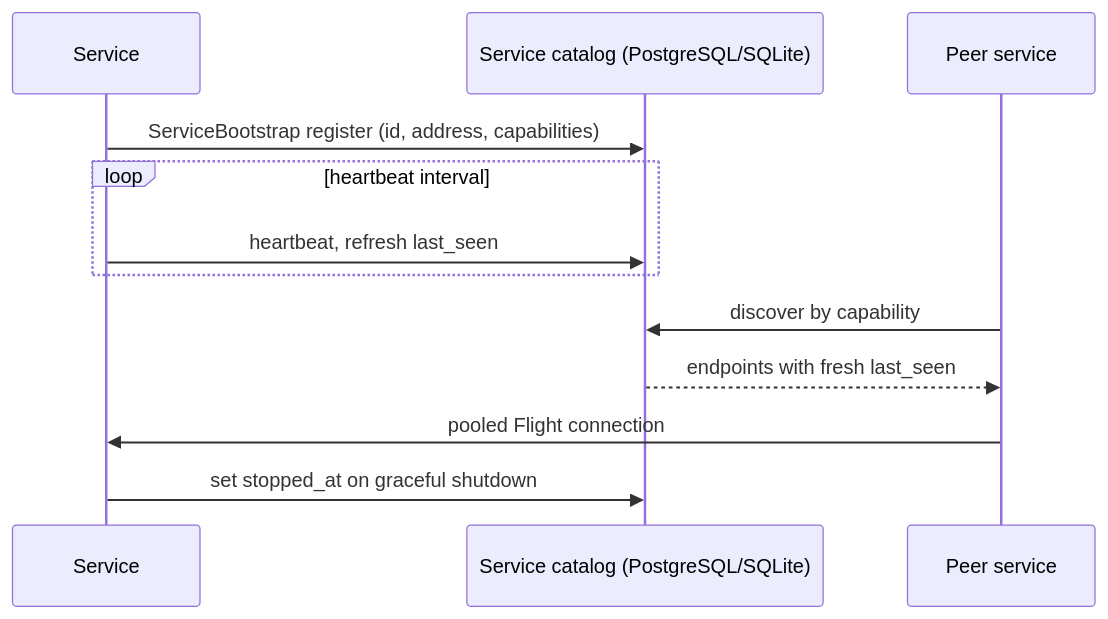
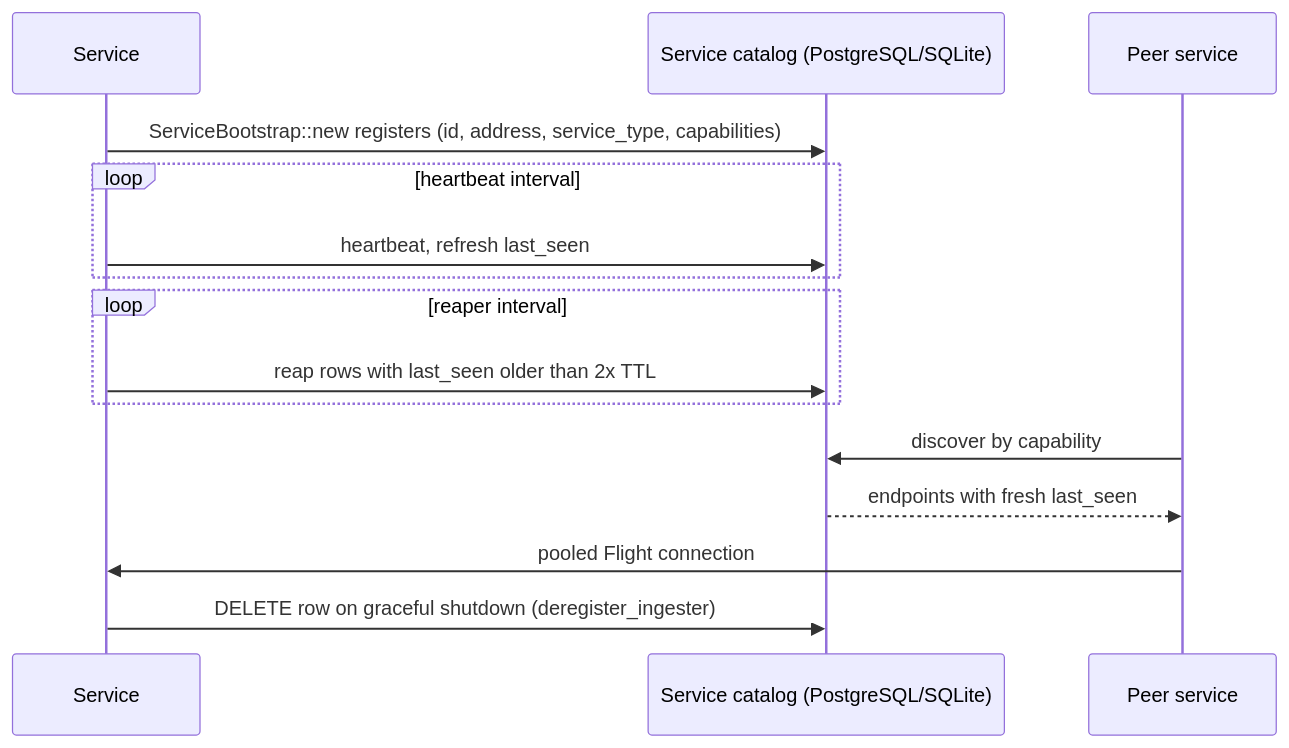
One commit to cedricziel/signaldb changed the diagram in docs/architecture/service-discovery.md. Above: the diagram before and after it, drawn with Mermaid. The commit also changed other lines of this file and 35 other files, not shown here.

````diff
--- a/docs/architecture/service-discovery.md
+++ b/docs/architecture/service-discovery.md
@@ -74,15 +76,18 @@
 ```mermaid
 sequenceDiagram
     participant S as Service
     participant Cat as Service catalog (PostgreSQL/SQLite)
     participant P as Peer service
 
-    S->>Cat: ServiceBootstrap register (id, address, capabilities)
+    S->>Cat: ServiceBootstrap::new registers (id, address, service_type, capabilities)
     loop heartbeat interval
         S->>Cat: heartbeat, refresh last_seen
+    end
+    loop reaper interval
+        S->>Cat: reap rows with last_seen older than 2x TTL
     end
     P->>Cat: discover by capability
     Cat-->>P: endpoints with fresh last_seen
     P->>S: pooled Flight connection
-    S->>Cat: set stopped_at on graceful shutdown
+    S->>Cat: DELETE row on graceful shutdown (deregister_ingester)
 ```
````
